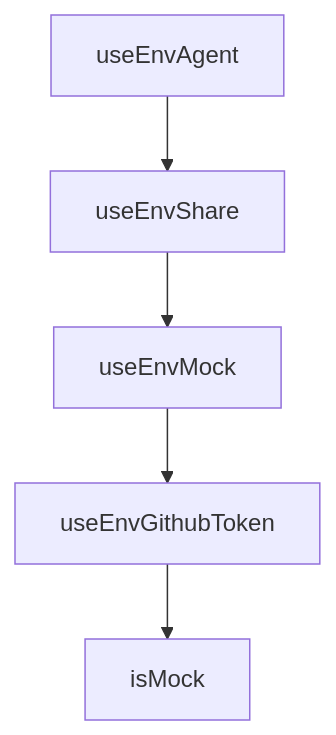
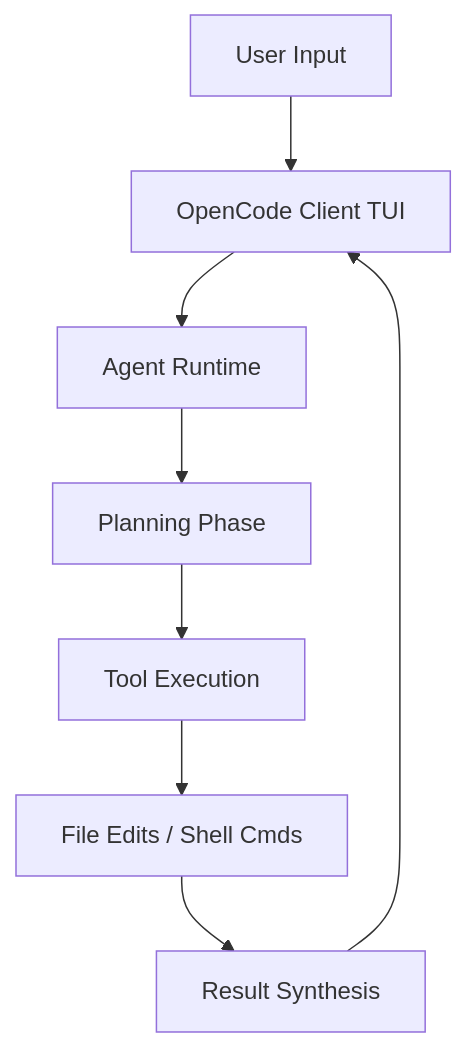
The second of 2 diagrams in tutorials/opencode-tutorial/02-architecture-agent-loop.md (johnxie/awesome-code-docs), drawn with Mermaid before and after one commit. The commit also changed other lines of this file and 1232 other files, not shown here.

````diff
--- a/tutorials/opencode-tutorial/02-architecture-agent-loop.md
+++ b/tutorials/opencode-tutorial/02-architecture-agent-loop.md
@@ -222,12 +53,10 @@
 ```mermaid
 flowchart TD
-    A[useEnvAgent]
-    B[useEnvShare]
-    C[useEnvMock]
-    D[useEnvGithubToken]
-    E[isMock]
-    A --> B
-    B --> C
-    C --> D
-    D --> E
+    A[User Input] --> B[OpenCode Client TUI]
+    B --> C[Agent Runtime]
+    C --> D[Planning Phase]
+    D --> E[Tool Execution]
+    E --> F[File Edits / Shell Cmds]
+    F --> G[Result Synthesis]
+    G --> B
 ```
````
